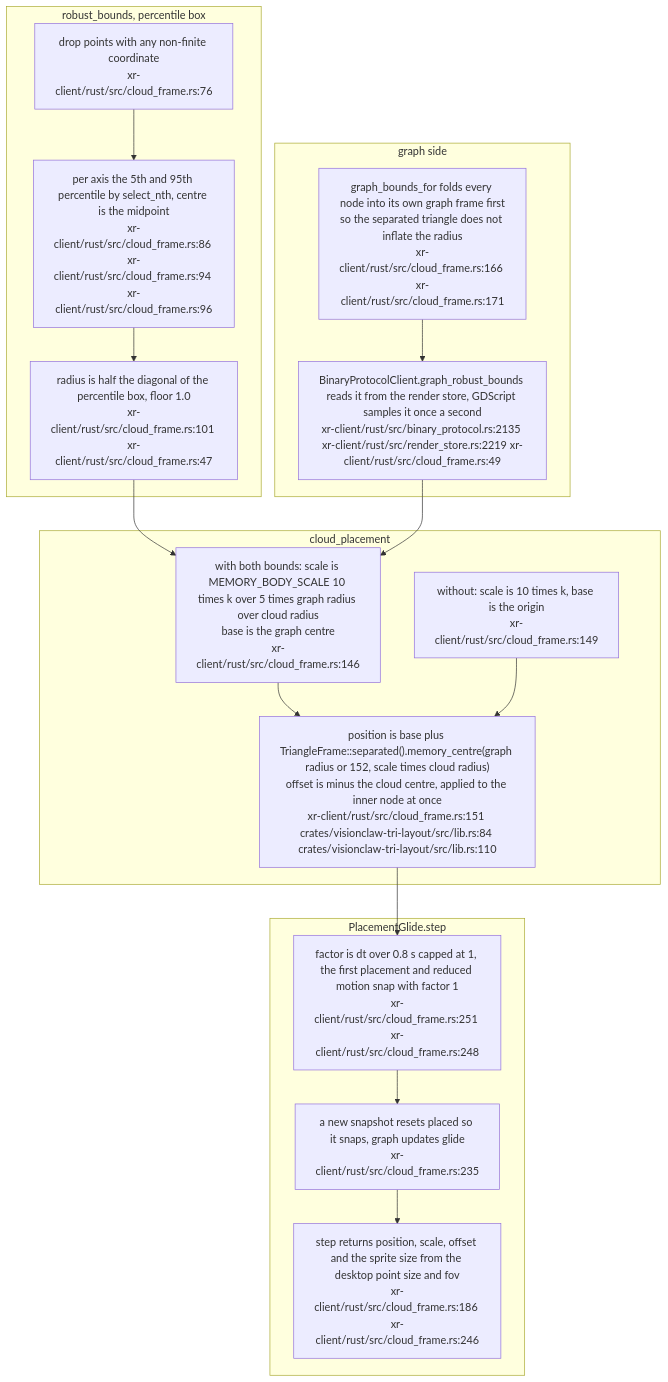
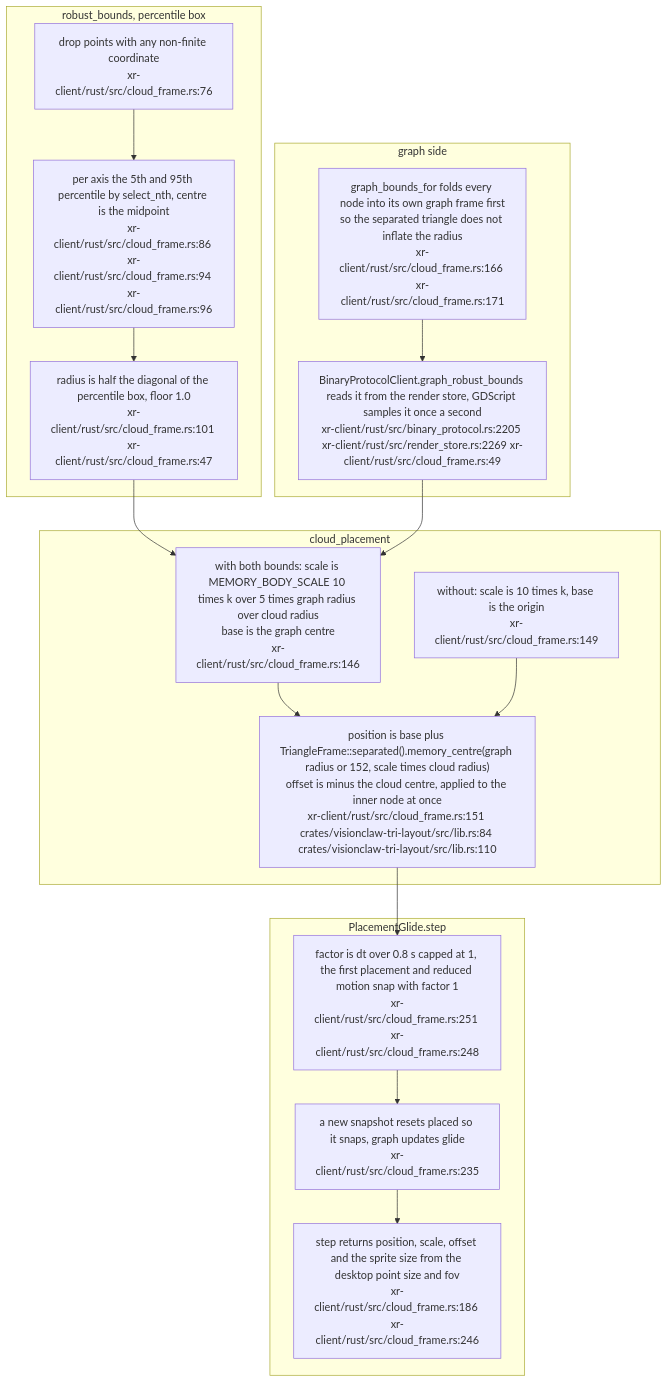
Before and after one commit to DreamLab-AI/VisionFlow: the sixth of 19 diagrams in docs/diagrams/visionclaw/38-xr-memory-cloud-internals.md, drawn with Mermaid. The commit also changed other lines of this file and 173 other files, not shown here.

````diff
--- a/docs/diagrams/visionclaw/38-xr-memory-cloud-internals.md
+++ b/docs/diagrams/visionclaw/38-xr-memory-cloud-internals.md
@@ -259,29 +259,29 @@
 ```mermaid
 flowchart TB
     subgraph bounds["robust_bounds, percentile box"]
         B1["drop points with any non-finite coordinate<br/>xr-client/rust/src/cloud_frame.rs:76"]
         B2["per axis the 5th and 95th percentile by select_nth, centre is the midpoint<br/>xr-client/rust/src/cloud_frame.rs:86 xr-client/rust/src/cloud_frame.rs:94 xr-client/rust/src/cloud_frame.rs:96"]
         B3["radius is half the diagonal of the percentile box, floor 1.0<br/>xr-client/rust/src/cloud_frame.rs:101 xr-client/rust/src/cloud_frame.rs:47"]
     end
     subgraph graph["graph side"]
         G1["graph_bounds_for folds every node into its own graph frame first<br/>so the separated triangle does not inflate the radius<br/>xr-client/rust/src/cloud_frame.rs:166 xr-client/rust/src/cloud_frame.rs:171"]
-        G2["BinaryProtocolClient.graph_robust_bounds reads it from the render store, GDScript samples it once a second<br/>xr-client/rust/src/binary_protocol.rs:2135 xr-client/rust/src/render_store.rs:2219 xr-client/rust/src/cloud_frame.rs:49"]
+        G2["BinaryProtocolClient.graph_robust_bounds reads it from the render store, GDScript samples it once a second<br/>xr-client/rust/src/binary_protocol.rs:2205 xr-client/rust/src/render_store.rs:2269 xr-client/rust/src/cloud_frame.rs:49"]
     end
     subgraph place["cloud_placement"]
         P1["with both bounds: scale is MEMORY_BODY_SCALE 10 times k over 5 times graph radius over cloud radius<br/>base is the graph centre<br/>xr-client/rust/src/cloud_frame.rs:146"]
         P2["without: scale is 10 times k, base is the origin<br/>xr-client/rust/src/cloud_frame.rs:149"]
         P3["position is base plus TriangleFrame::separated().memory_centre(graph radius or 152, scale times cloud radius)<br/>offset is minus the cloud centre, applied to the inner node at once<br/>xr-client/rust/src/cloud_frame.rs:151 crates/visionclaw-tri-layout/src/lib.rs:84 crates/visionclaw-tri-layout/src/lib.rs:110"]
     end
     subgraph glide["PlacementGlide.step"]
         D1["factor is dt over 0.8 s capped at 1, the first placement and reduced motion snap with factor 1<br/>xr-client/rust/src/cloud_frame.rs:251 xr-client/rust/src/cloud_frame.rs:248"]
         D2["a new snapshot resets placed so it snaps, graph updates glide<br/>xr-client/rust/src/cloud_frame.rs:235"]
         D3["step returns position, scale, offset and the sprite size from the desktop point size and fov<br/>xr-client/rust/src/cloud_frame.rs:186 xr-client/rust/src/cloud_frame.rs:246"]
     end
     B1 --> B2 --> B3
     G1 --> G2
     B3 --> P1
     G2 --> P1
     P1 --> P3
     P2 --> P3
     P3 --> D1 --> D2 --> D3
 ```
````
